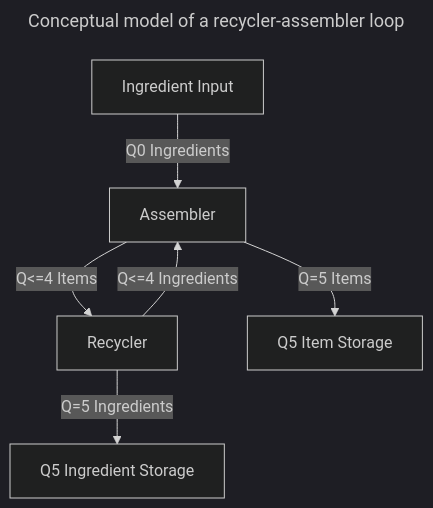
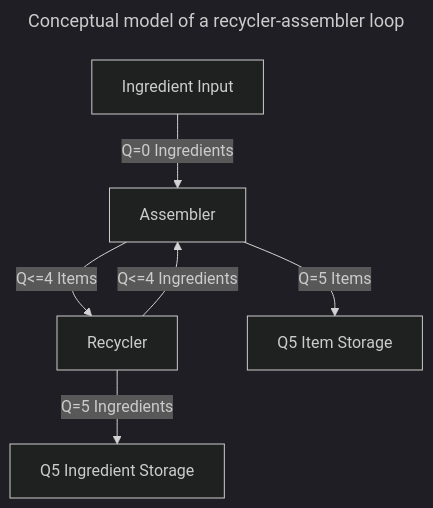
The first of 2 diagrams in blog/content/posts/factorio-recycler-assembler-loop.md (dfamonteiro/blog), drawn with Mermaid before and after one commit.

Commit message:
missed an =

```diff
--- a/blog/content/posts/factorio-recycler-assembler-loop.md
+++ b/blog/content/posts/factorio-recycler-assembler-loop.md
@@ -34,13 +34,13 @@
 <pre style="text-align:center" class="mermaid">
 ---
 title: Conceptual model of a recycler-assembler loop
 config:
   theme: dark
 ---
 flowchart TD
-    A[Ingredient Input] -->|Q0 Ingredients| B[Assembler]
+    A[Ingredient Input] -->|Q=0 Ingredients| B[Assembler]
     B -->|Q<=4 Items| C[Recycler]
     C -->|Q<=4 Ingredients| B
     B -->|Q=5 Items| D[Q5 Item Storage]
     C -->|Q=5 Ingredients| E[Q5 Ingredient Storage]
 </pre>
```
